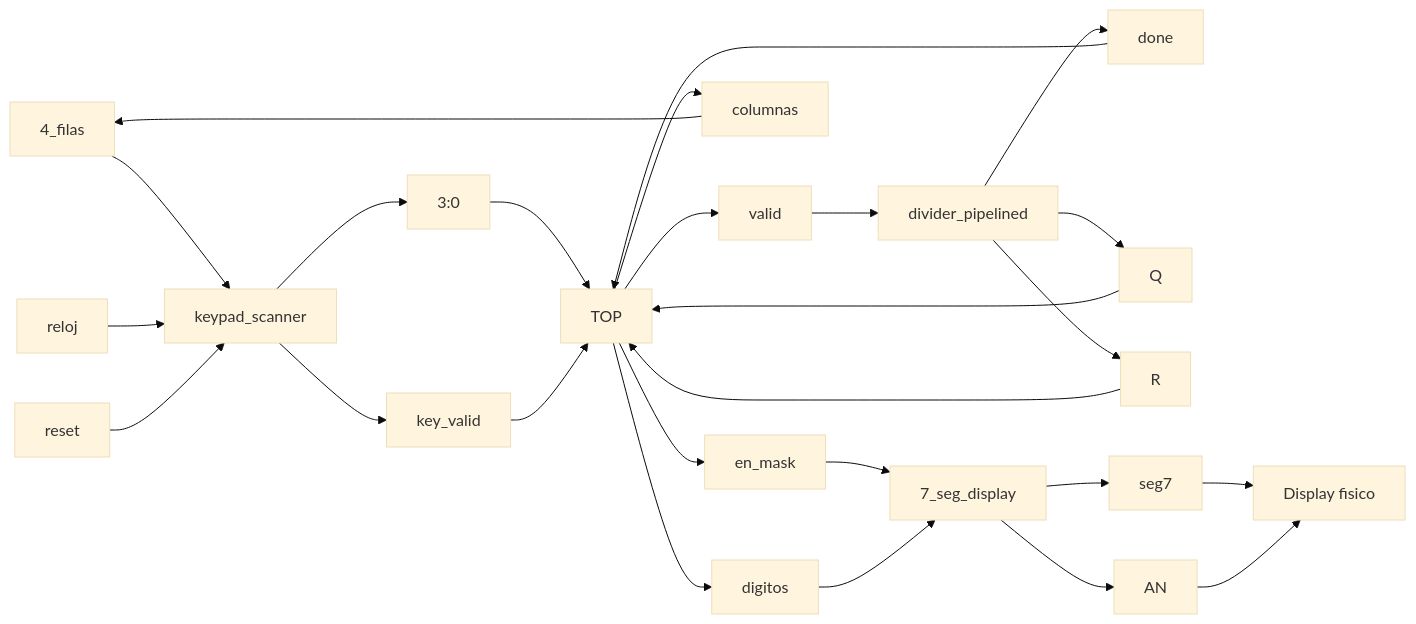
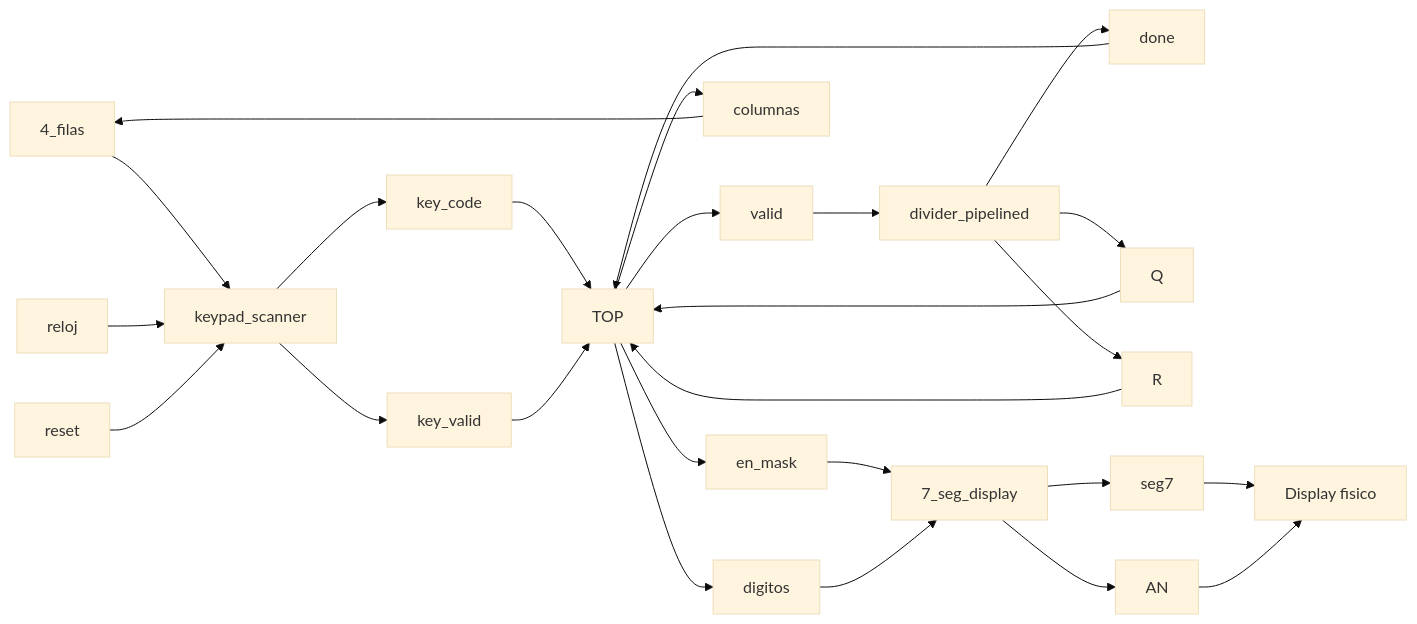
Before and after one commit to Jei-UP/Proyectos-de-Dise-o-L-gico: the first of 6 diagrams in Proyecto3/README.md, drawn with Mermaid (base theme).

````diff
--- a/Proyecto3/README.md
+++ b/Proyecto3/README.md
@@ -138,29 +138,29 @@
 ```mermaid
 graph LR
     A[4_filas] --> KS[keypad_scanner]
     reloj --> KS
     reset --> KS
     KS --> key_code
     KS --> key_valid
-    key_code[3:0] --> TOP
+    key_code --> TOP
     key_valid --> TOP
     TOP --> valid
     valid --> DP[divider_pipelined]
     DP --> done
     DP --> Q
     DP --> R
     done --> TOP
     Q --> TOP
     R --> TOP
     TOP --> columnas
     columnas --> A
     TOP --> en_mask
     TOP --> D[digitos]
     en_mask --> SD[7_seg_display]
     D --> SD
     SD --> seg7
     SD --> AN
     seg7 --> DISP[Display fisico]
     AN --> DISP
 
 ```
````
